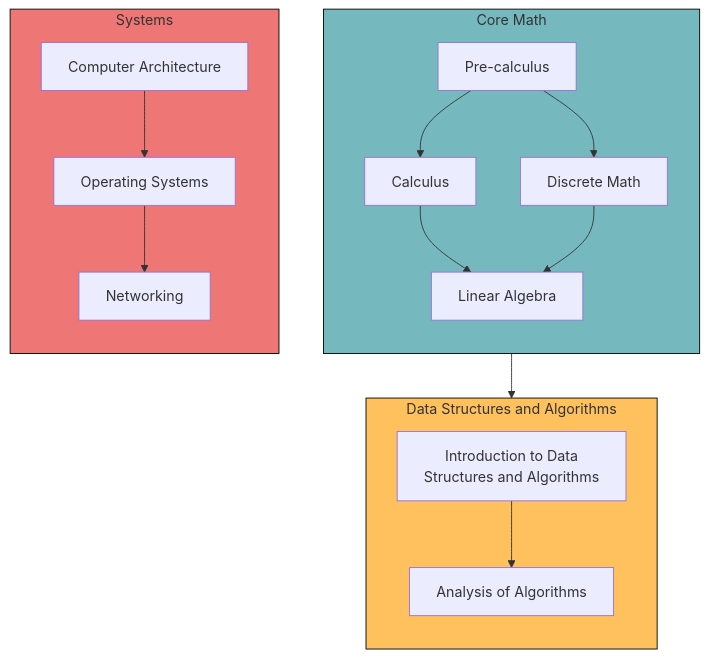
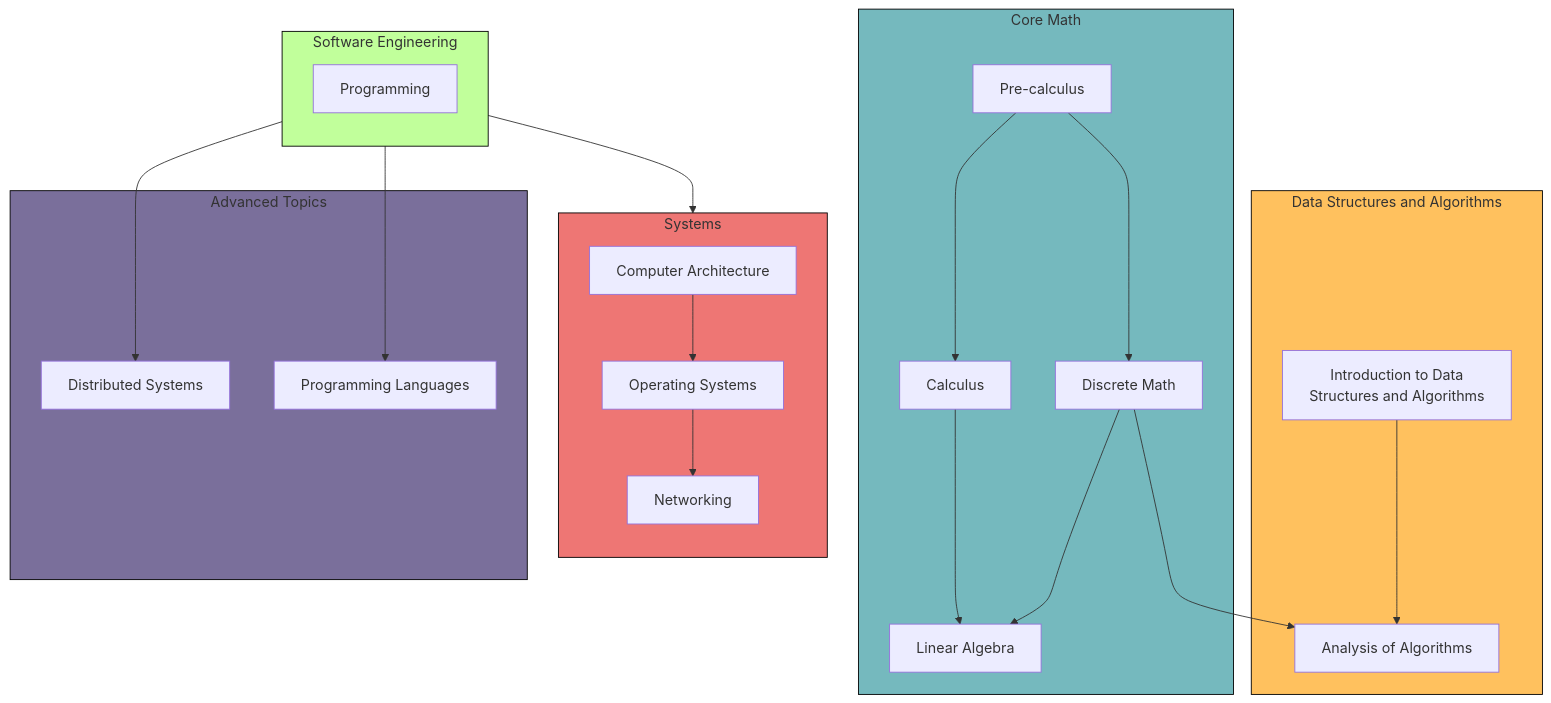
Before and after one commit to jdglaser/self-study-cs: the diagram in README.md, drawn with Mermaid.

Commit message:
Finish graph

````diff
--- a/README.md
+++ b/README.md
@@ -53,22 +53,32 @@
 ```mermaid
 flowchart TB
     subgraph se1[Core Math]
-    direction TB
     style se1 fill:#75B9BE,stroke:#000
         A[Pre-calculus] --> B[Calculus] & C[Discrete Math]
         B & C --> D[Linear Algebra]
     end
     subgraph se2[Data Structures and Algorithms]
-    direction TB
     style se2 fill:#FFC15E,stroke:#000
         E[Introduction to Data\n Structures and Algorithms]
         C & E --> F[Analysis of Algorithms]
     end
     subgraph se3[Systems]
     direction TB
     style se3 fill:#EE7674,stroke:#000
         G[Computer Architecture] -->
         H[Operating Systems] -->
         I[Networking]
     end
+    subgraph se4[Software Engineering]
+    direction TB
+    style se4 fill:#C1FF9B,stroke:#000
+        J[Programming]
+        J --> G
+    end
+    subgraph se5[Advanced Topics]
+    style se5 fill:#7A6F9B,stroke:#000
+        K[Distributed Systems]
+        L[Programming Languages]
+        J --> K & L
+    end
 ```
````
